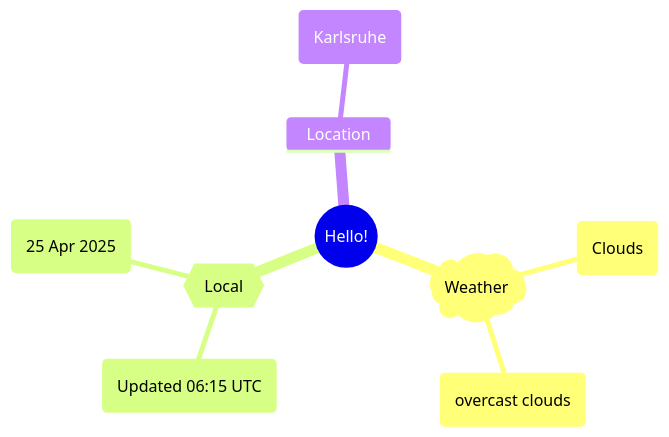
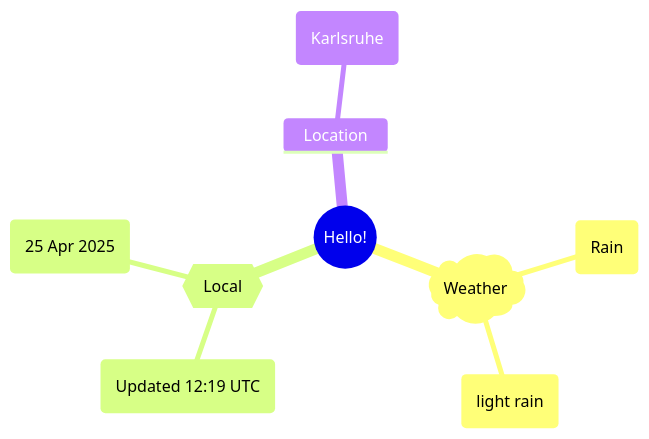
Before and after one commit to Xosrov/Xosrov: the first of 2 diagrams in README.md, drawn with Mermaid.

Commit message:
[bot] updated images

````diff
--- a/README.md
+++ b/README.md
@@ -3,12 +3,12 @@
 ```mermaid
 mindmap
   root((Hello!))
     )Weather(
-        (Clouds)
-        (overcast clouds)
+        (Rain)
+        (light rain)
     {{Local}}
-        (Updated 06:15 UTC)
+        (Updated 12:19 UTC)
         (25 Apr 2025)
     Location
         (Karlsruhe)
 ```
````
